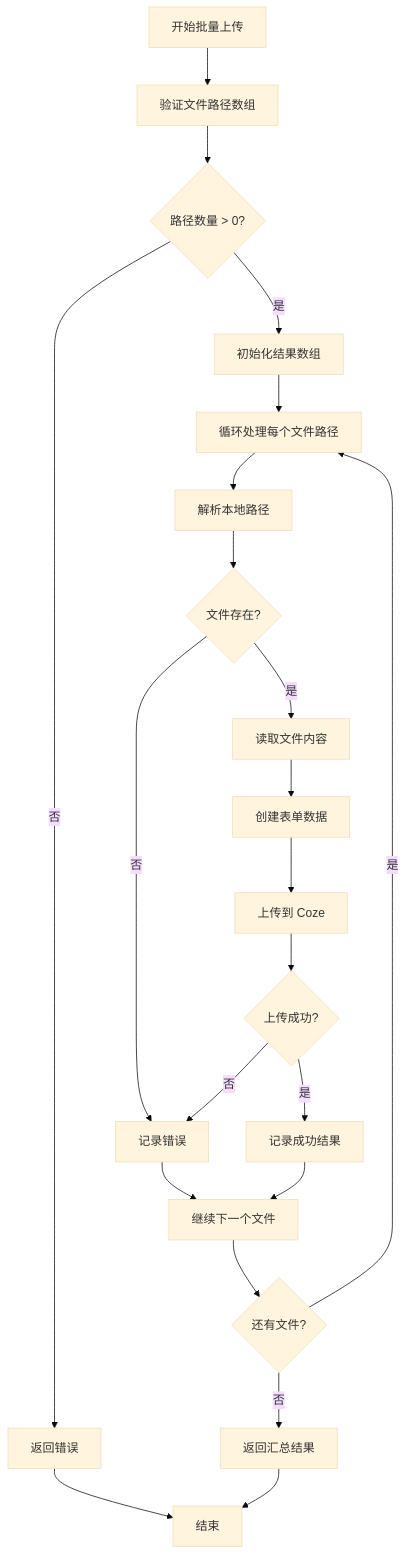
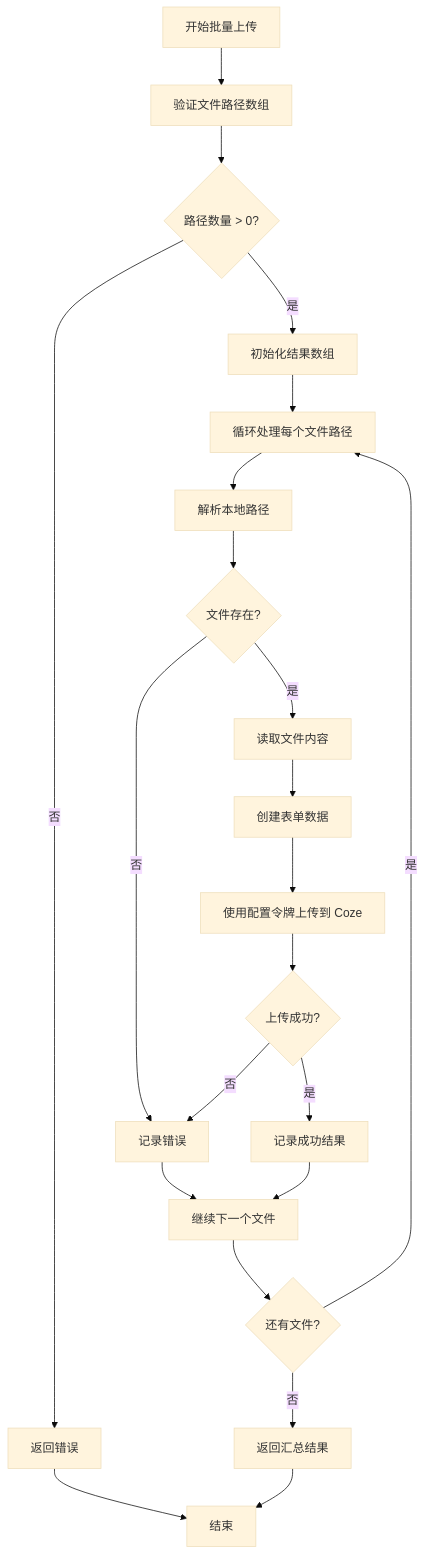
One commit to hanksd769-droid/sailshub changed the fifth of 8 diagrams in .qoder/repowiki/zh/content/多模态工作流模块/音频处理模块.md. Above: the diagram before and after it, drawn with Mermaid (base theme). The commit also changed other lines of this file and 4 other files, not shown here.

````diff
--- a/.qoder/repowiki/zh/content/多模态工作流模块/音频处理模块.md
+++ b/.qoder/repowiki/zh/content/多模态工作流模块/音频处理模块.md
@@ -211,24 +251,24 @@
 ```mermaid
 flowchart TD
 A[开始批量上传] --> B[验证文件路径数组]
 B --> C{路径数量 > 0?}
 C --> |否| D[返回错误]
 C --> |是| E[初始化结果数组]
 E --> F[循环处理每个文件路径]
 F --> G[解析本地路径]
 G --> H{文件存在?}
 H --> |否| I[记录错误]
 H --> |是| J[读取文件内容]
 J --> K[创建表单数据]
-K --> L[上传到 Coze]
+K --> L[使用配置令牌上传到 Coze]
 L --> M{上传成功?}
 M --> |否| I
 M --> |是| N[记录成功结果]
 N --> O[继续下一个文件]
 I --> O
 O --> P{还有文件?}
 P --> |是| F
 P --> |否| Q[返回汇总结果]
 D --> R[结束]
 Q --> R
 ```
````
